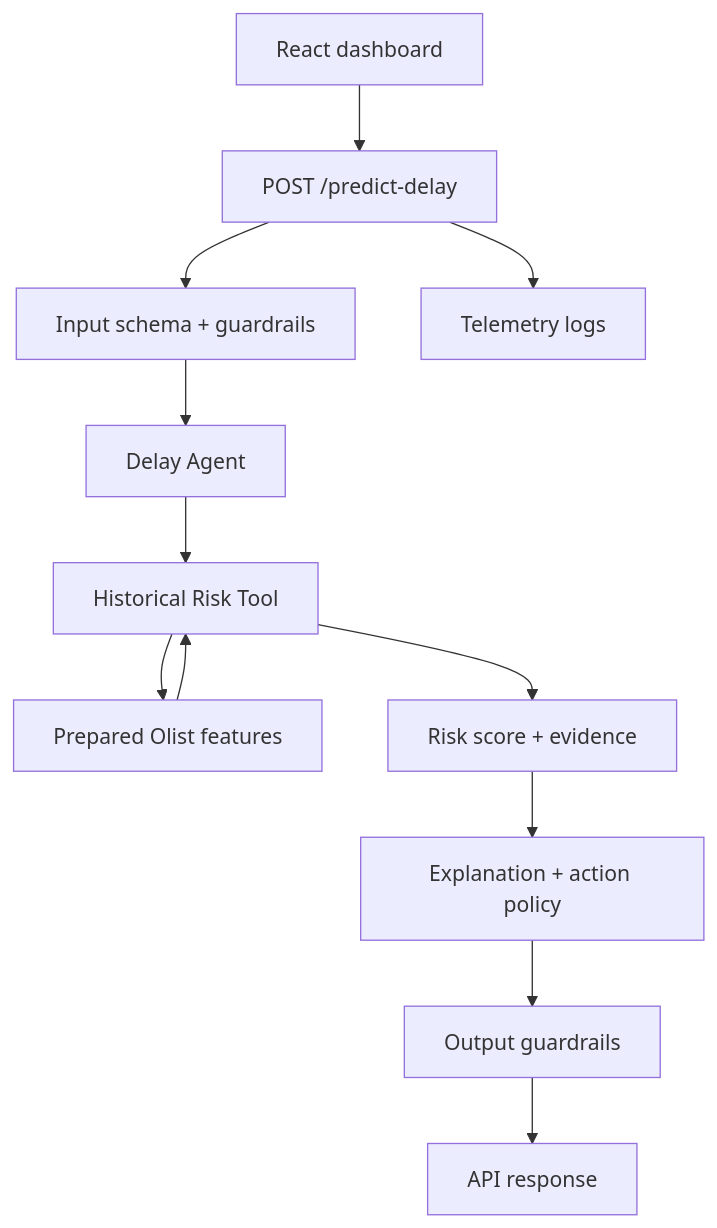
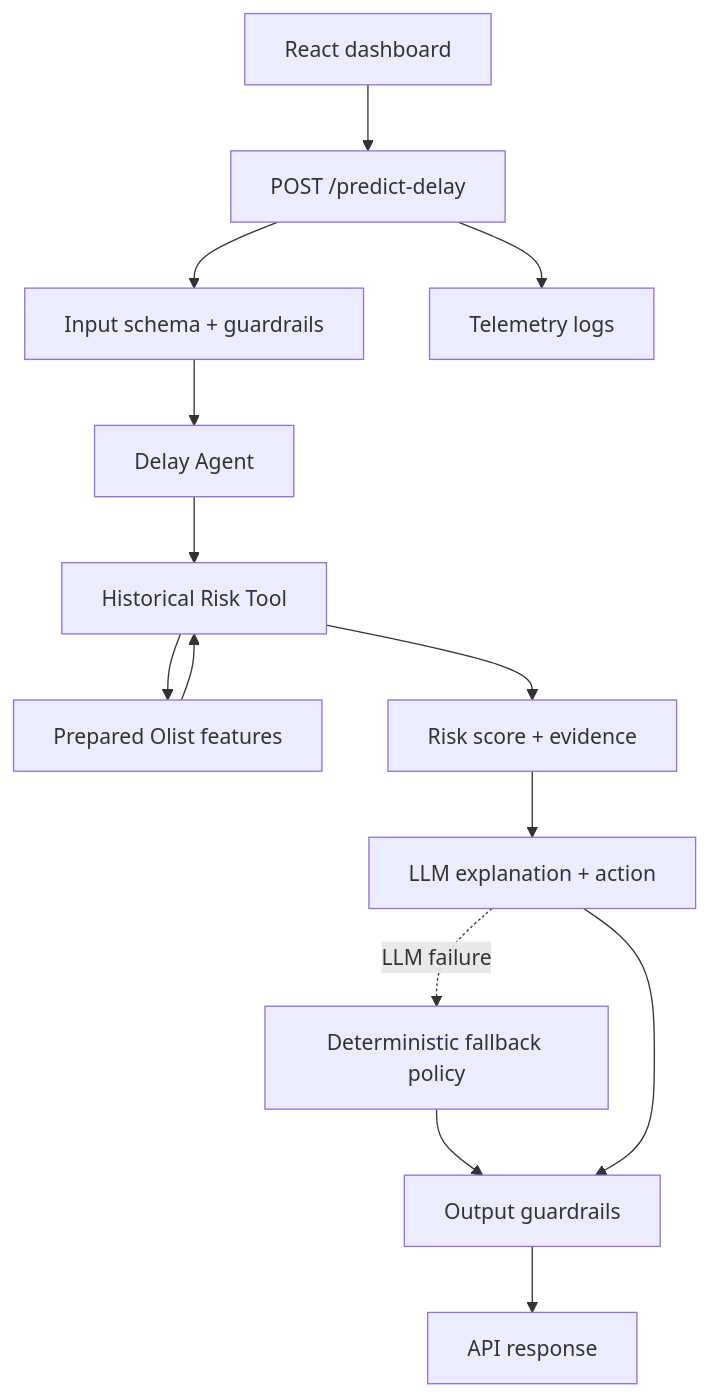
The diagram in 1-3_felipe-amorim_gabryel-nicolas_guilherme-westphall_lucas-martins/.specs/features/agente-previsao-atraso/design.md (west7/projeto-final-2026-1), drawn with Mermaid before and after one commit. The commit also changed other lines of this file and 15 other files, not shown here.

Commit message:
feat(agent): make LLM explanation primary

````diff
--- a/1-3_felipe-amorim_gabryel-nicolas_guilherme-westphall_lucas-martins/.specs/features/agente-previsao-atraso/design.md
+++ b/1-3_felipe-amorim_gabryel-nicolas_guilherme-westphall_lucas-martins/.specs/features/agente-previsao-atraso/design.md
@@ -12,14 +12,16 @@
 ```mermaid
 graph TD
     A[React dashboard] --> B[POST /predict-delay]
     B --> C[Input schema + guardrails]
     C --> D[Delay Agent]
     D --> E[Historical Risk Tool]
     E --> F[Prepared Olist features]
     F --> E
     E --> G[Risk score + evidence]
-    G --> H[Explanation + action policy]
+    G --> H[LLM explanation + action]
+    H -. LLM failure .-> L[Deterministic fallback policy]
+    L --> I[Output guardrails]
     H --> I[Output guardrails]
     I --> J[API response]
     B --> K[Telemetry logs]
 ```
````
